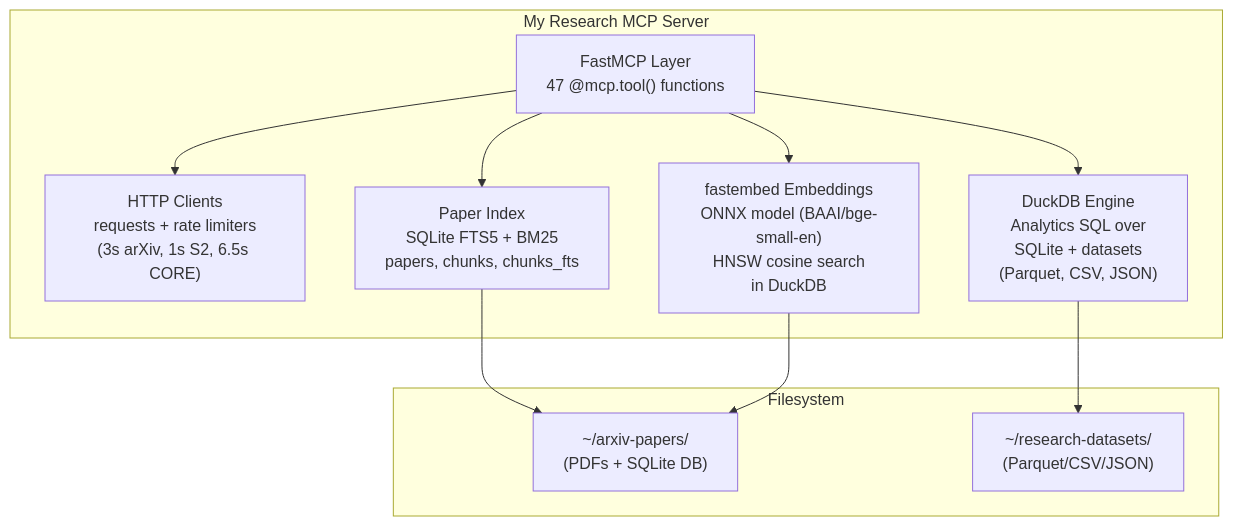
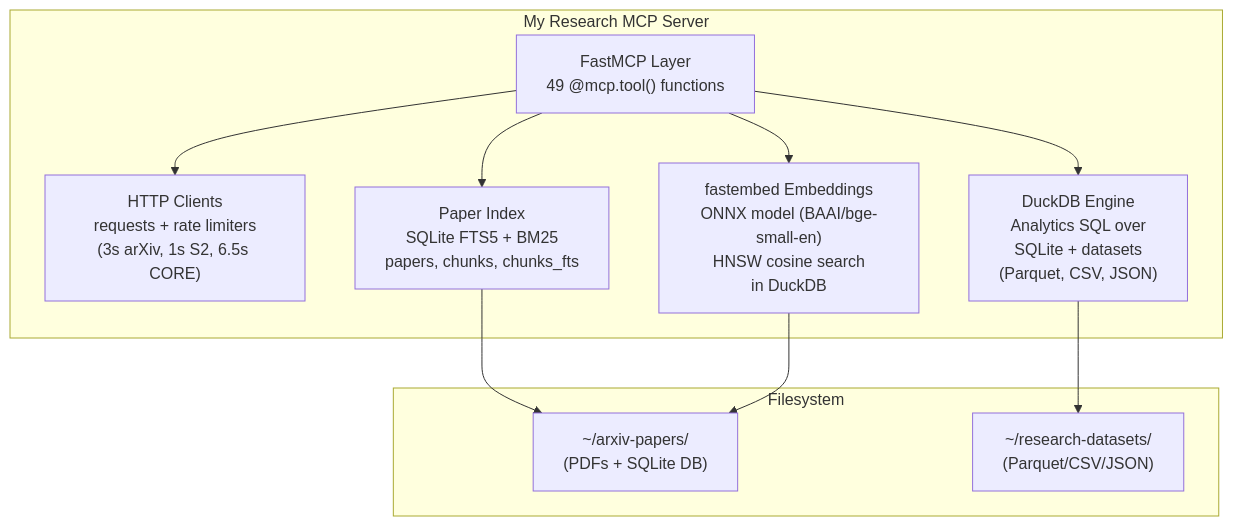
Before and after one commit to kennylhilljr/my-research-mcp-server: the second of 4 diagrams in README.md, drawn with Mermaid. The commit also changed other lines of this file and 6 other files, not shown here.

````diff
--- a/README.md
+++ b/README.md
@@ -89,20 +90,20 @@
 ```mermaid
 graph TD
     subgraph Server["My Research MCP Server"]
-        FastMCP["FastMCP Layer<br/>47 @mcp.tool() functions"]
+        FastMCP["FastMCP Layer<br/>49 @mcp.tool() functions"]
 
         FastMCP --> HTTP["HTTP Clients<br/>requests + rate limiters<br/>(3s arXiv, 1s S2, 6.5s CORE)"]
         FastMCP --> PaperIndex["Paper Index<br/>SQLite FTS5 + BM25<br/>papers, chunks, chunks_fts"]
         FastMCP --> DuckDB["DuckDB Engine<br/>Analytics SQL over<br/>SQLite + datasets<br/>(Parquet, CSV, JSON)"]
         FastMCP --> Embed["fastembed Embeddings<br/>ONNX model (BAAI/bge-small-en)<br/>HNSW cosine search<br/>in DuckDB"]
     end
 
     subgraph FS["Filesystem"]
         PDFs["~/arxiv-papers/<br/>(PDFs + SQLite DB)"]
         Datasets["~/research-datasets/<br/>(Parquet/CSV/JSON)"]
     end
 
     PaperIndex --> PDFs
     DuckDB --> Datasets
     Embed --> PDFs
 ```
````
